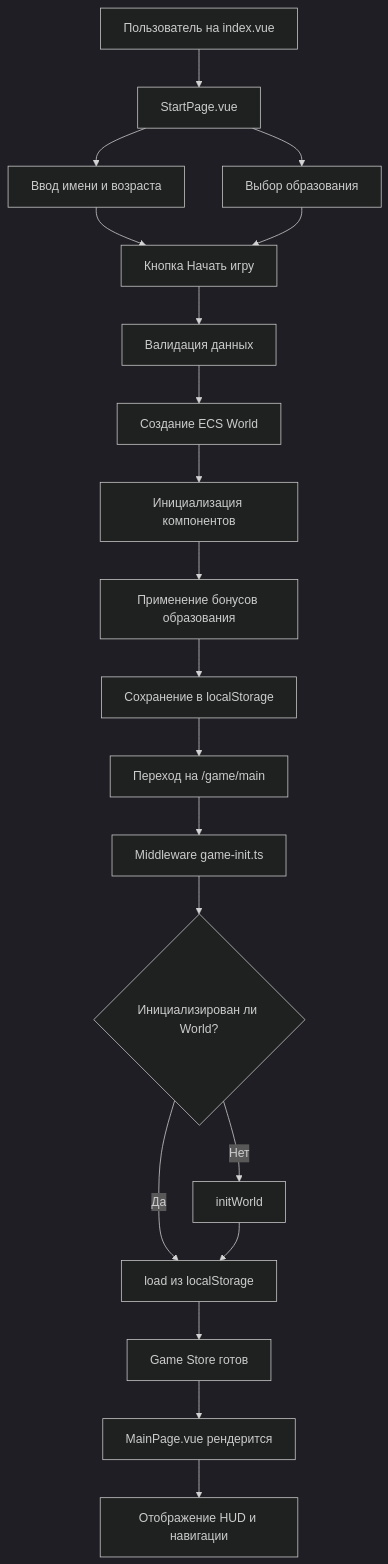
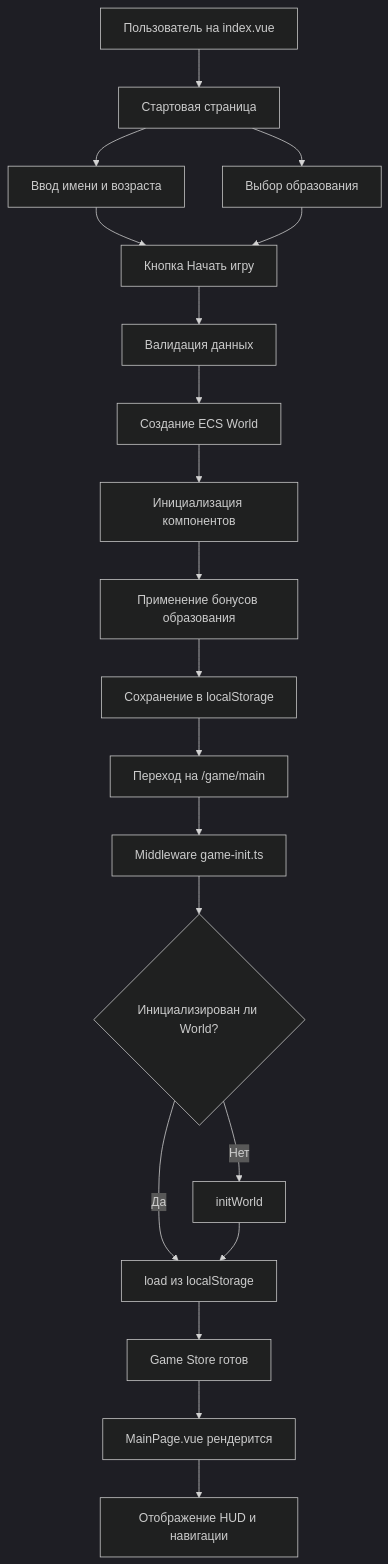
One commit to arvaistary/sim_game changed the diagram in doc/core/START_GAME_DOCUMENTATION.md. Above: the diagram before and after it, drawn with Mermaid (dark theme). The commit also changed other lines of this file and 162 other files, not shown here.

````diff
--- a/doc/core/START_GAME_DOCUMENTATION.md
+++ b/doc/core/START_GAME_DOCUMENTATION.md
@@ -189,22 +189,22 @@
 ```mermaid
 flowchart TD
-    A[Пользователь на index.vue] --> B[StartPage.vue]
+    A[Пользователь на index.vue] --> B[Стартовая страница]
     B --> C[Ввод имени и возраста]
     B --> D[Выбор образования]
     C --> E[Кнопка Начать игру]
     D --> E
     E --> F[Валидация данных]
     F --> G[Создание ECS World]
     G --> H[Инициализация компонентов]
     H --> I[Применение бонусов образования]
     I --> J[Сохранение в localStorage]
     J --> K[Переход на /game/main]
     K --> L[Middleware game-init.ts]
     L --> M{Инициализирован ли World?}
     M -->|Нет| N[initWorld]
     M -->|Да| O[load из localStorage]
     N --> O
     O --> P[Game Store готов]
     P --> Q[MainPage.vue рендерится]
     Q --> R[Отображение HUD и навигации]
 ```
````
